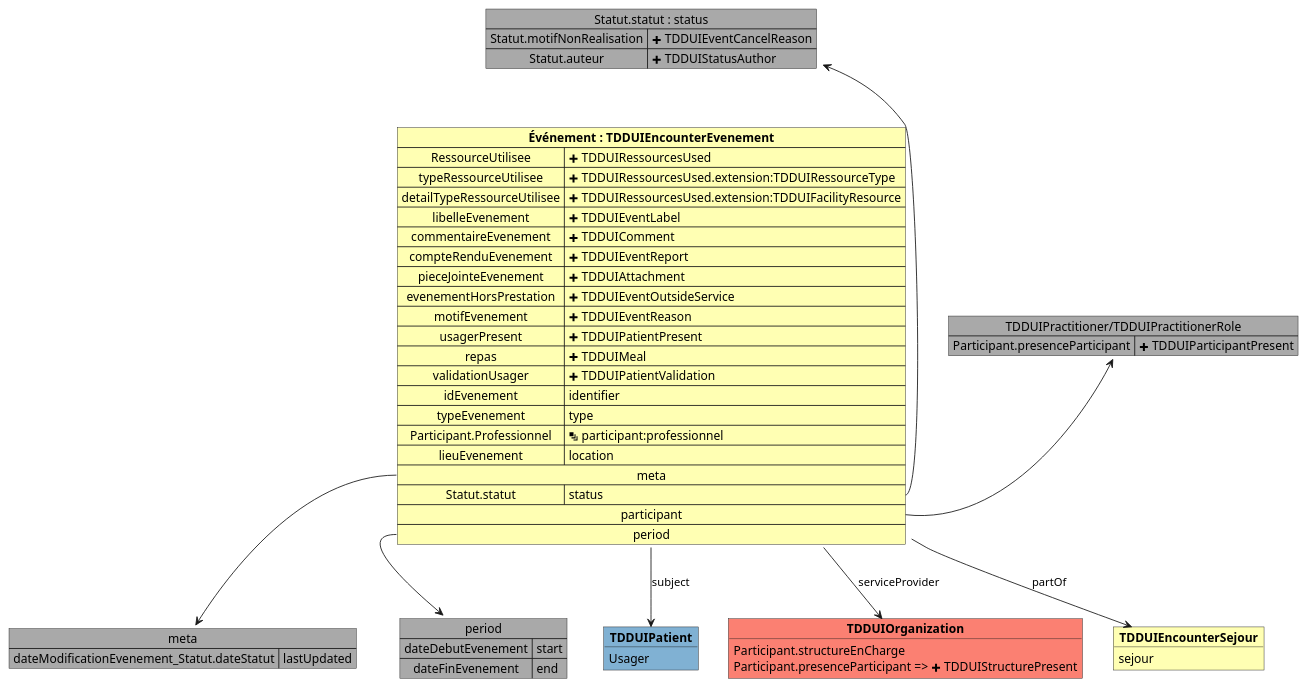
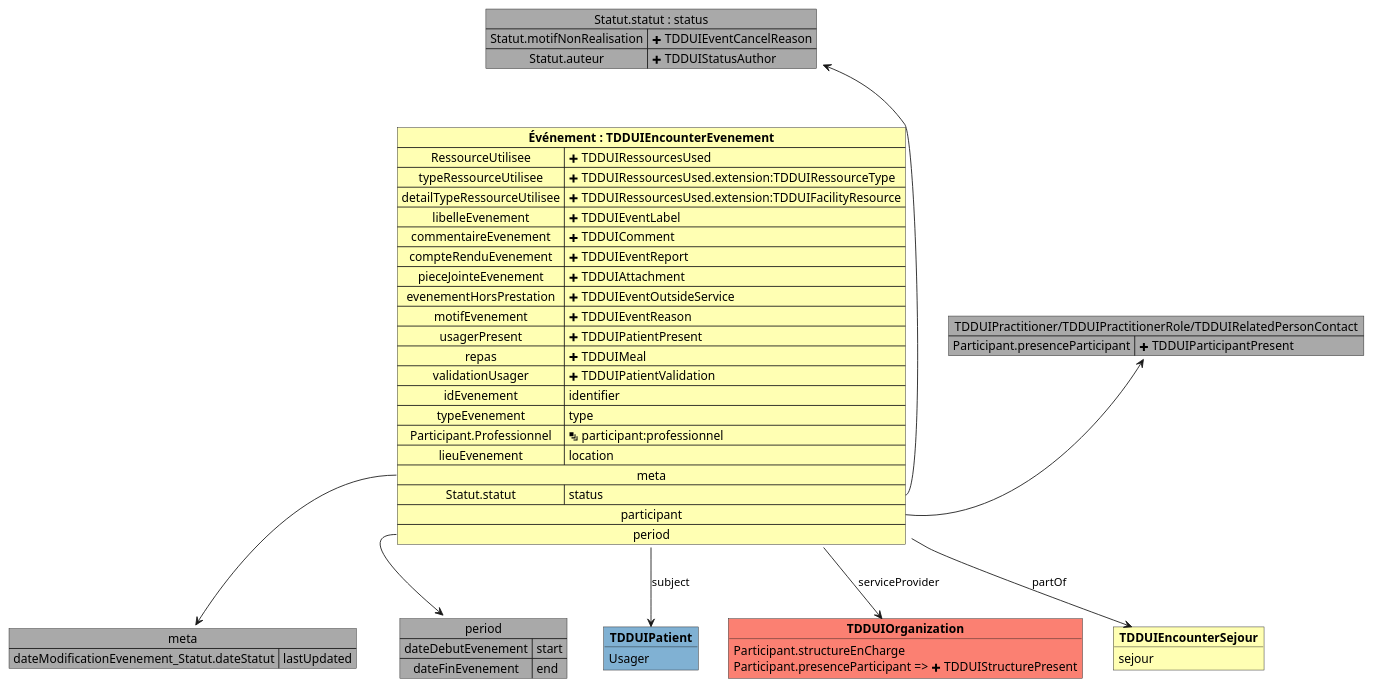
One commit to ansforge/IG-fhir-medicosocial-transfert-donnees-dui changed the diagram in input/images-source/mapping_TDDUIEncounterEvenement.plantuml. Above: the diagram before and after it, drawn with PlantUML. The commit also changed 2 other files, not shown here.

```diff
--- a/input/images-source/mapping_TDDUIEncounterEvenement.plantuml
+++ b/input/images-source/mapping_TDDUIEncounterEvenement.plantuml
@@ -1,63 +1,63 @@
 @startuml
 
 map "meta" as meta #DarkGray {
     dateModificationEvenement_Statut.dateStatut => lastUpdated
 }
 
 map "Statut.statut : status" as Statutstatut #DarkGray {
     Statut.motifNonRealisation => <&plus> TDDUIEventCancelReason
     Statut.auteur => <&plus> TDDUIStatusAuthor
 }
 
-map "TDDUIPractitioner/TDDUIPractitionerRole" as participant #DarkGray {
+map "TDDUIPractitioner/TDDUIPractitionerRole/TDDUIRelatedPersonContact" as participant #DarkGray {
     Participant.presenceParticipant => <&plus> TDDUIParticipantPresent
 }
 
 map "period" as period #DarkGray {
     dateDebutEvenement => start
     dateFinEvenement => end
 }
 
 object "**TDDUIPatient**" as TDDUIPatient_subject #80b1d3 {
     Usager
 }
 
 object "**TDDUIOrganization**" as TDDUIOrganization_serviceProvider #fb8072 {
     Participant.structureEnCharge
     Participant.presenceParticipant => <&plus> TDDUIStructurePresent
 }
 
 object "**TDDUIEncounterSejour**" as TDDUIEncounterSejour_partOf #ffffb3 {
     sejour
 }
 
 map "**Événement : TDDUIEncounterEvenement**" as Événement #ffffb3 {
     RessourceUtilisee => <&plus> TDDUIRessourcesUsed
     typeRessourceUtilisee => <&plus> TDDUIRessourcesUsed.extension:TDDUIRessourceType
     detailTypeRessourceUtilisee => <&plus> TDDUIRessourcesUsed.extension:TDDUIMaterialDetail
     detailTypeRessourceUtilisee => <&plus> TDDUIRessourcesUsed.extension:TDDUIFacilityResource
     libelleEvenement => <&plus> TDDUIEventLabel
     commentaireEvenement => <&plus> TDDUIComment
     compteRenduEvenement => <&plus> TDDUIEventReport
     pieceJointeEvenement => <&plus> TDDUIAttachment
     evenementHorsPrestation => <&plus> TDDUIEventOutsideService
     motifEvenement => <&plus> TDDUIEventReason
     usagerPresent => <&plus> TDDUIPatientPresent
     repas => <&plus> TDDUIMeal
     validationUsager => <&plus> TDDUIPatientValidation
     idEvenement => identifier
     typeEvenement => type
     Participant.Professionnel => <&layers> participant:professionnel
     lieuEvenement => location
     meta *--> meta
     Statut.statut => status
     participant *-> participant
     period *--> period
 }
 
 Événement::Statut.statut -u-> Statutstatut
 Événement -d-> TDDUIPatient_subject : subject
 Événement -d-> TDDUIOrganization_serviceProvider : serviceProvider
 Événement -d-> TDDUIEncounterSejour_partOf : partOf
 
 @enduml
```
